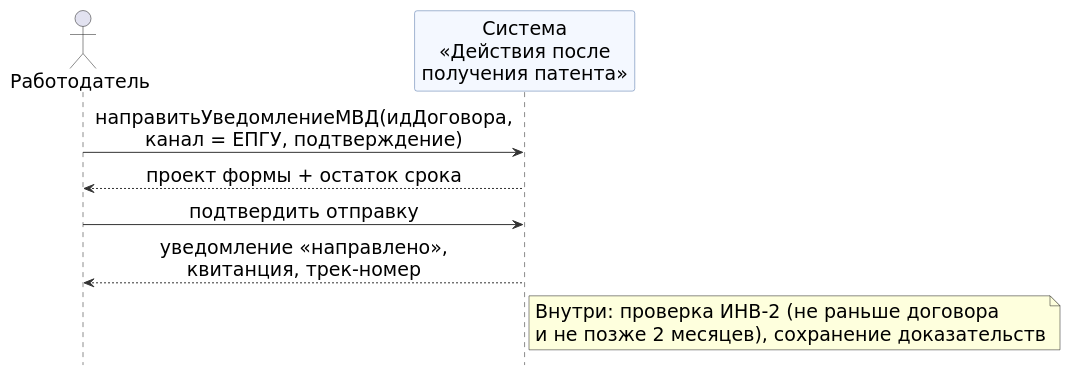
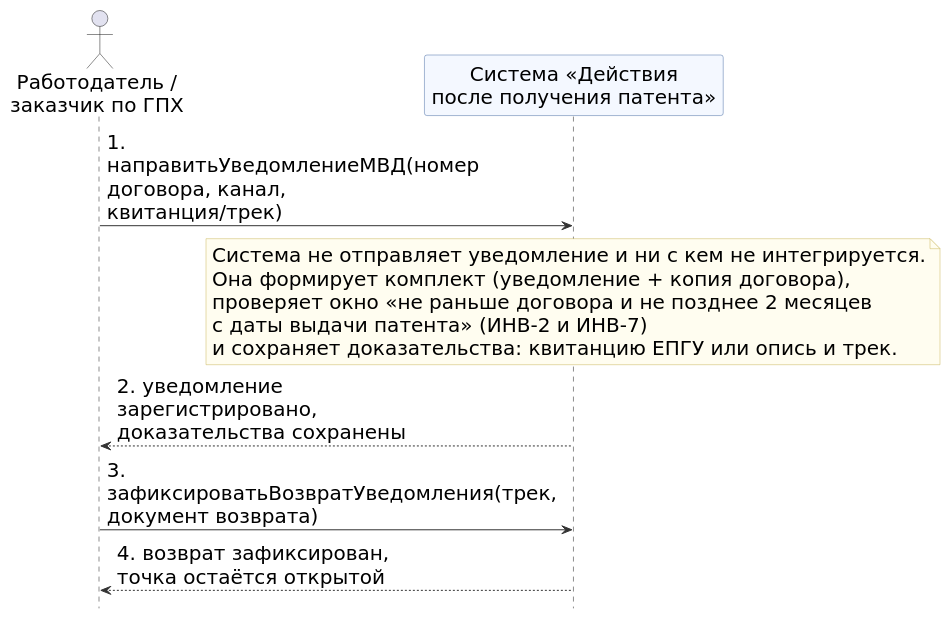
One commit to mflkee/study changed the diagram in tsu/5sem/Функциональное моделирование систем/_архив/книга/src/l3-ssd-uvedomlenie.puml. Above: the diagram before and after it, drawn with PlantUML. The commit also changed 2622 other files, not shown here.

Commit message:
ФМС: отчёт/слайды/книжка/речь/шпаргалка под ядро темы 7, 23 диаграммы, скрипты сборки

```diff
--- a/tsu/5sem/Функциональное моделирование систем/_архив/книга/src/l3-ssd-uvedomlenie.puml
+++ b/tsu/5sem/Функциональное моделирование систем/_архив/книга/src/l3-ssd-uvedomlenie.puml
@@ -1,23 +1,30 @@
 @startuml
-' SSD: основной сценарий П03 «направить уведомление МВД» (лаб. 3)
+' Упрощённая системная диаграмма последовательностей (SSD, «чёрный ящик») для книжки
 skinparam defaultFontName "DejaVu Sans"
 skinparam shadowing false
-skinparam defaultFontSize 19
-skinparam sequenceMessageAlign center
-skinparam ArrowColor #333333
+skinparam defaultFontSize 20
+skinparam sequenceMessageAlign left
+skinparam maxMessageSize 300
 skinparam ParticipantBackgroundColor #F4F8FF
 skinparam ParticipantBorderColor #4A6FA5
+skinparam ArrowColor #333333
+skinparam NoteBackgroundColor #FFFDF0
+skinparam NoteBorderColor #C9B458
 hide footbox
 
-actor "Работодатель" as RAB
-participant "Система\n«Действия после\nполучения патента»" as S
+actor "Работодатель /\nзаказчик по ГПХ" as RAB
+participant "Система «Действия\nпосле получения патента»" as SYS
 
-RAB -> S : направитьУведомлениеМВД(идДоговора,\nканал = ЕПГУ, подтверждение)
-S --> RAB : проект формы + остаток срока
-RAB -> S : подтвердить отправку
-S --> RAB : уведомление «направлено»,\nквитанция, трек-номер
-note right of S
-  Внутри: проверка ИНВ-2 (не раньше договора
-  и не позже 2 месяцев), сохранение доказательств
+RAB -> SYS : 1. направитьУведомлениеМВД(номер договора, канал, квитанция/трек)
+note over SYS
+  Система не отправляет уведомление и ни с кем не интегрируется.
+  Она формирует комплект (уведомление + копия договора),
+  проверяет окно «не раньше договора и не позднее 2 месяцев
+  с даты выдачи патента» (ИНВ-2 и ИНВ-7)
+  и сохраняет доказательства: квитанцию ЕПГУ или опись и трек.
 end note
+SYS --> RAB : 2. уведомление зарегистрировано, доказательства сохранены
+
+RAB -> SYS : 3. зафиксироватьВозвратУведомления(трек, документ возврата)
+SYS --> RAB : 4. возврат зафиксирован, точка остаётся открытой
 @enduml
```
